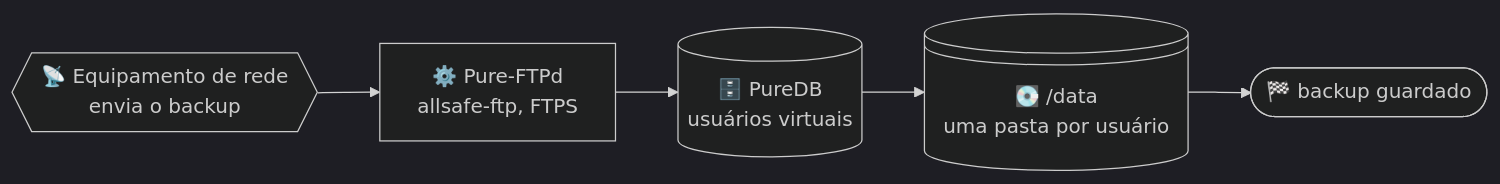
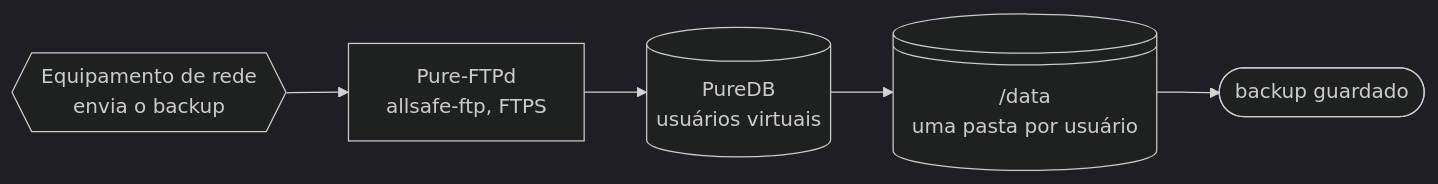
The diagram in doc/README.md (CarlosSuporteISP/allsafe-ftp-stack), drawn with Mermaid before and after one commit. The commit also changed 26 other files, not shown here.

First line of the commit message:
docs: diagramas sem emoji para a página abrir mais rápido (v0.5.1)

````diff
--- a/doc/README.md
+++ b/doc/README.md
@@ -10,11 +10,11 @@
 ```mermaid
 %%{init: {"theme": "dark"}}%%
 flowchart LR
-    equip@{ shape: hex, label: "📡 Equipamento de rede<br>envia o backup" }
-    ftp@{ shape: rect, label: "⚙️ Pure-FTPd<br>allsafe-ftp, FTPS" }
-    puredb@{ shape: cyl, label: "🗄️ PureDB<br>usuários virtuais" }
-    dados@{ shape: lin-cyl, label: "💽 /data<br>uma pasta por usuário" }
-    fim@{ shape: stadium, label: "🏁 backup guardado" }
+    equip@{ shape: hex, label: "Equipamento de rede<br>envia o backup" }
+    ftp@{ shape: rect, label: "Pure-FTPd<br>allsafe-ftp, FTPS" }
+    puredb@{ shape: cyl, label: "PureDB<br>usuários virtuais" }
+    dados@{ shape: lin-cyl, label: "/data<br>uma pasta por usuário" }
+    fim@{ shape: stadium, label: "backup guardado" }
 
     equip --> ftp --> puredb --> dados --> fim
 ```
````
